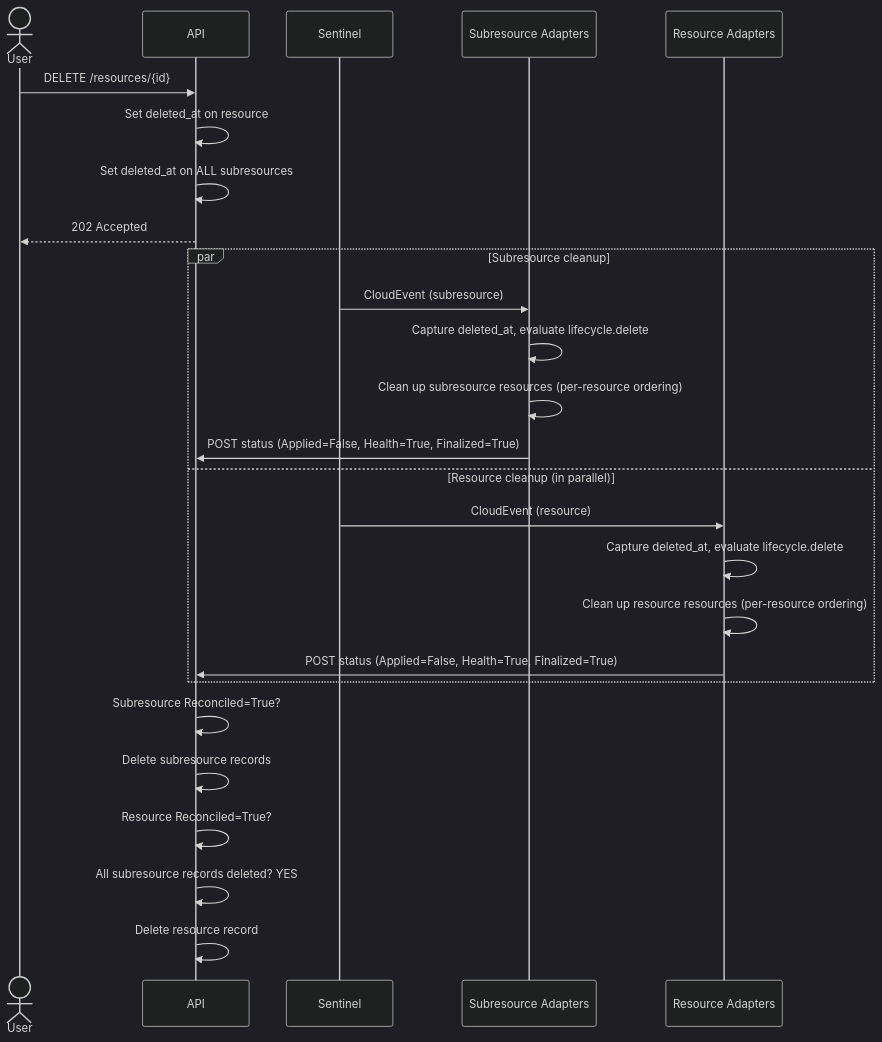
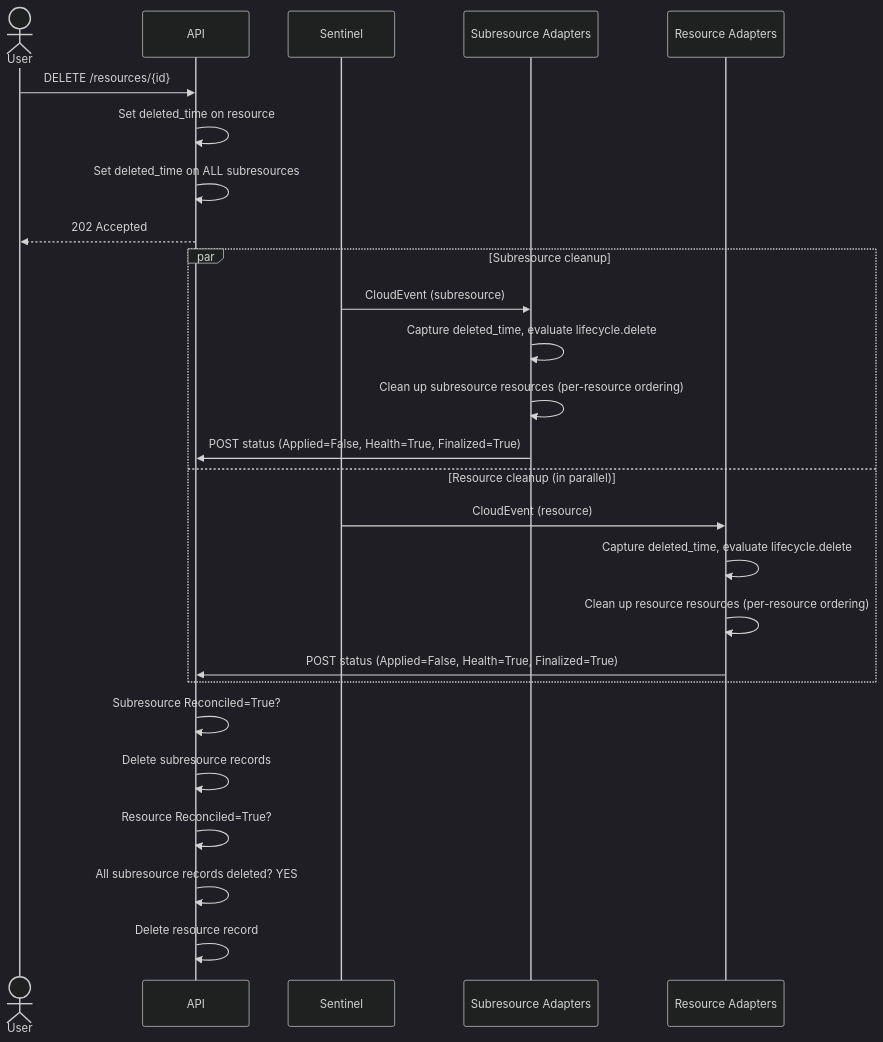
One commit to rafabene/hyperfleet-architecture changed the ninth of 9 diagrams in hyperfleet/components/adapter/framework/adapter-flow-diagrams.md. Above: the diagram before and after it, drawn with Mermaid (dark theme). The commit also changed other lines of this file and 1 other file, not shown here.

Commit message:
HYPERFLEET-849 - docs: refine delete resources design

````diff
--- a/hyperfleet/components/adapter/framework/adapter-flow-diagrams.md
+++ b/hyperfleet/components/adapter/framework/adapter-flow-diagrams.md
@@ -510,32 +510,32 @@
 ```mermaid
 sequenceDiagram
     actor User
     participant API
     participant Sentinel
     participant Sub_Adapter as Subresource Adapters
     participant Res_Adapter as Resource Adapters
 
     User->>API: DELETE /resources/{id}
-    API->>API: Set deleted_at on resource
-    API->>API: Set deleted_at on ALL subresources
+    API->>API: Set deleted_time on resource
+    API->>API: Set deleted_time on ALL subresources
     API-->>User: 202 Accepted
 
     par Subresource cleanup
         Sentinel->>Sub_Adapter: CloudEvent (subresource)
-        Sub_Adapter->>Sub_Adapter: Capture deleted_at, evaluate lifecycle.delete
+        Sub_Adapter->>Sub_Adapter: Capture deleted_time, evaluate lifecycle.delete
         Sub_Adapter->>Sub_Adapter: Clean up subresource resources (per-resource ordering)
         Sub_Adapter->>API: POST status (Applied=False, Health=True, Finalized=True)
     and Resource cleanup (in parallel)
         Sentinel->>Res_Adapter: CloudEvent (resource)
-        Res_Adapter->>Res_Adapter: Capture deleted_at, evaluate lifecycle.delete
+        Res_Adapter->>Res_Adapter: Capture deleted_time, evaluate lifecycle.delete
         Res_Adapter->>Res_Adapter: Clean up resource resources (per-resource ordering)
         Res_Adapter->>API: POST status (Applied=False, Health=True, Finalized=True)
     end
 
     API->>API: Subresource Reconciled=True?
     API->>API: Delete subresource records
 
     API->>API: Resource Reconciled=True?
     API->>API: All subresource records deleted? YES
     API->>API: Delete resource record
 ```
````
